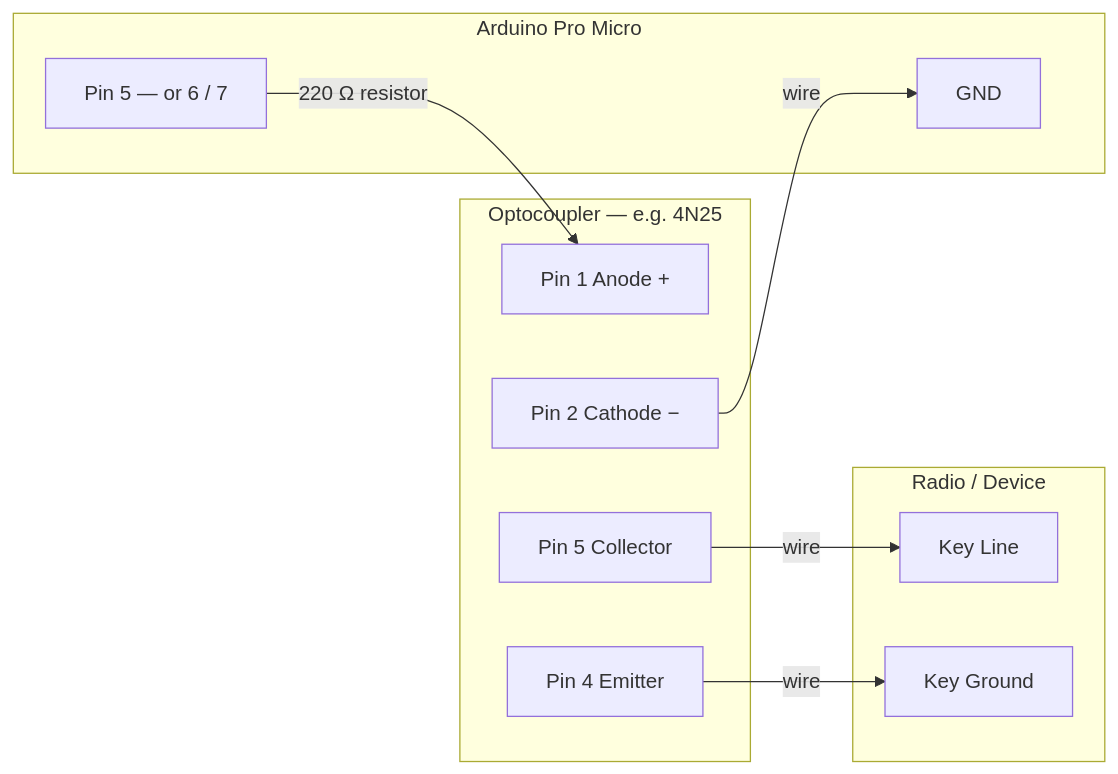
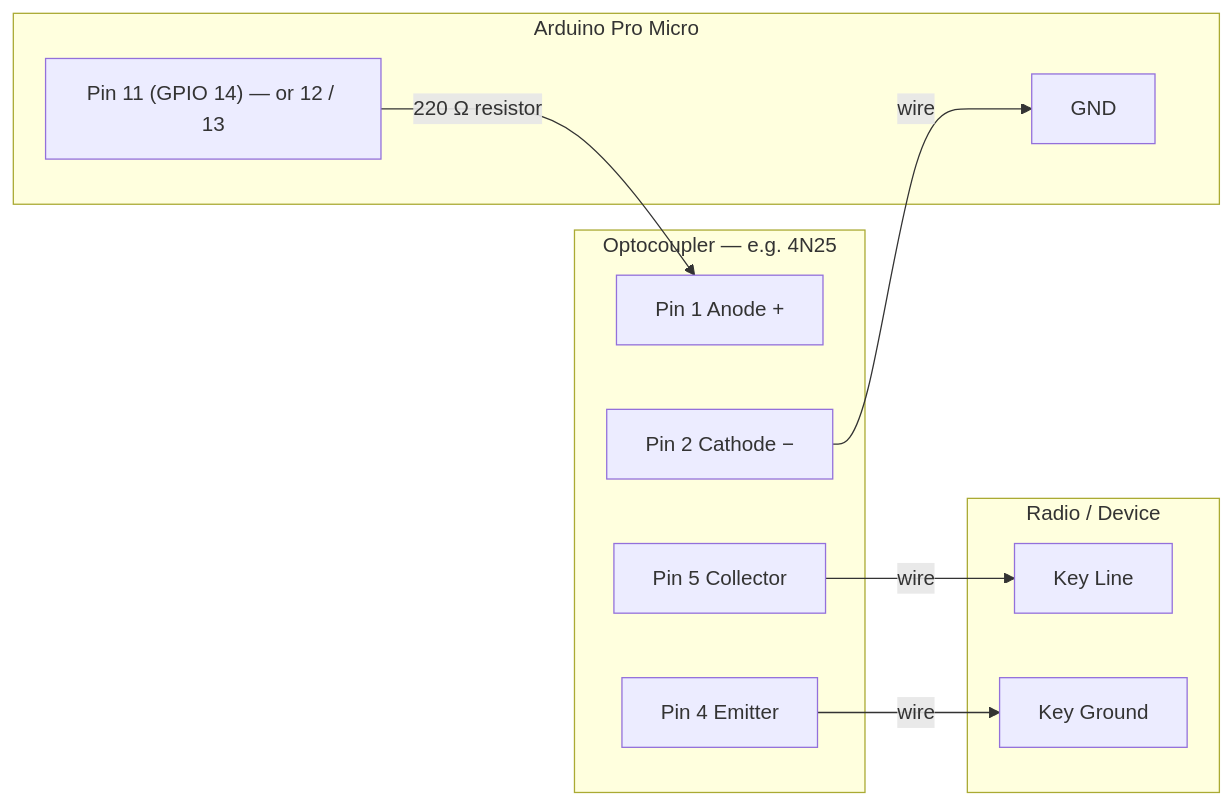
One commit to 5B4AON/mcs changed the fifth of 5 diagrams in arduino/README.md. Above: the diagram before and after it, drawn with Mermaid. The commit also changed other lines of this file and 41 other files, not shown here.

````diff
--- a/arduino/README.md
+++ b/arduino/README.md
@@ -181,26 +225,26 @@
 ```mermaid
 flowchart LR
     subgraph board["Arduino Pro Micro"]
-        P5["Pin 5 — or 6 / 7"]
+        P5["Pin 11 (GPIO 14) — or 12 / 13"]
         GND["GND"]
     end
 
     P5 -- "220 Ω resistor" --> ANODE
 
     subgraph opto["Optocoupler — e.g. 4N25"]
         ANODE["Pin 1  Anode +"]
         CATHODE["Pin 2  Cathode −"]
         COLLECTOR["Pin 5  Collector"]
         EMITTER["Pin 4  Emitter"]
     end
 
     CATHODE -- "wire" --> GND
 
     subgraph radio["Radio / Device"]
         KEY_LINE["Key Line"]
         KEY_GND["Key Ground"]
     end
 
     COLLECTOR -- "wire" --> KEY_LINE
     EMITTER -- "wire" --> KEY_GND
 ```
````
